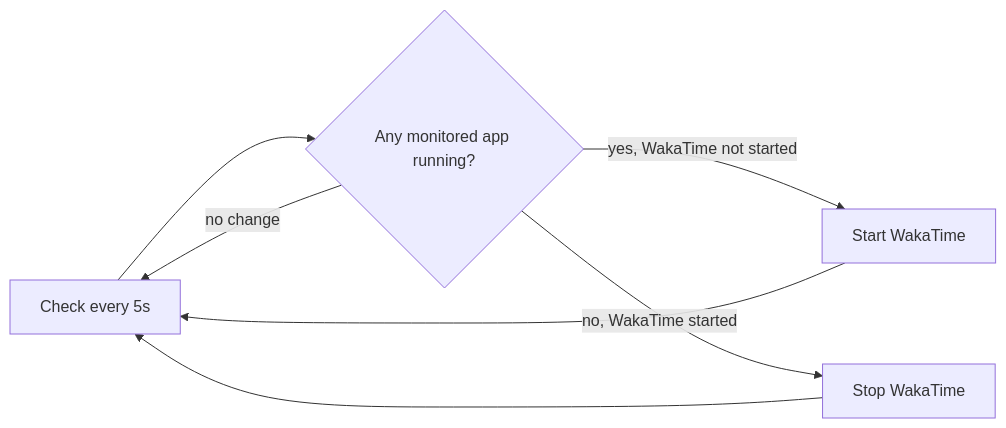
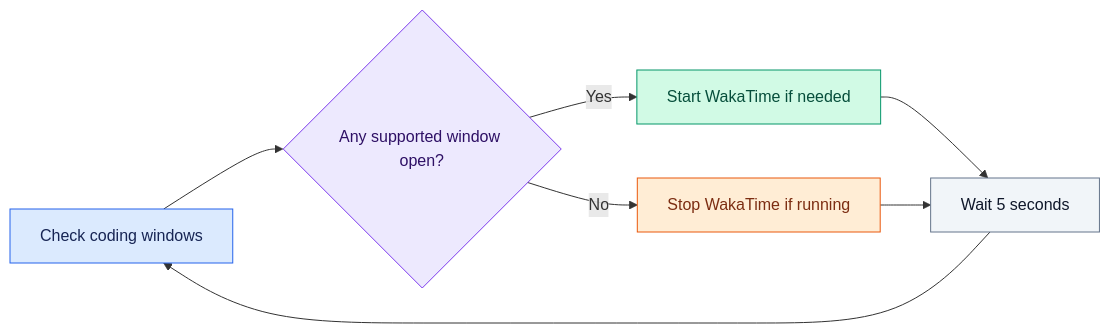
The diagram in README.md (SC136/wakatime-monitor), drawn with Mermaid before and after one commit. The commit also changed other lines of this file, not shown here.

Commit message:
Redesign README with setup guide and supported app reference

````diff
--- a/README.md
+++ b/README.md
@@ -14,9 +66,15 @@
 ```mermaid
 flowchart LR
-    A[Check every 5s] --> B{Any monitored app running?}
-    B -- yes, WakaTime not started --> C[Start WakaTime]
-    B -- no, WakaTime started --> D[Stop WakaTime]
-    B -- no change --> A
-    C --> A
-    D --> A
+    A[Check coding windows] --> B{Any supported window open?}
+    B -->|Yes| C[Start WakaTime if needed]
+    B -->|No| D[Stop WakaTime if running]
+    C --> E[Wait 5 seconds]
+    D --> E
+    E --> A
+
+    style A fill:#dbeafe,stroke:#2563eb,color:#172554
+    style B fill:#ede9fe,stroke:#7c3aed,color:#2e1065
+    style C fill:#d1fae5,stroke:#059669,color:#064e3b
+    style D fill:#ffedd5,stroke:#ea580c,color:#7c2d12
+    style E fill:#f1f5f9,stroke:#64748b,color:#0f172a
 ```
````
